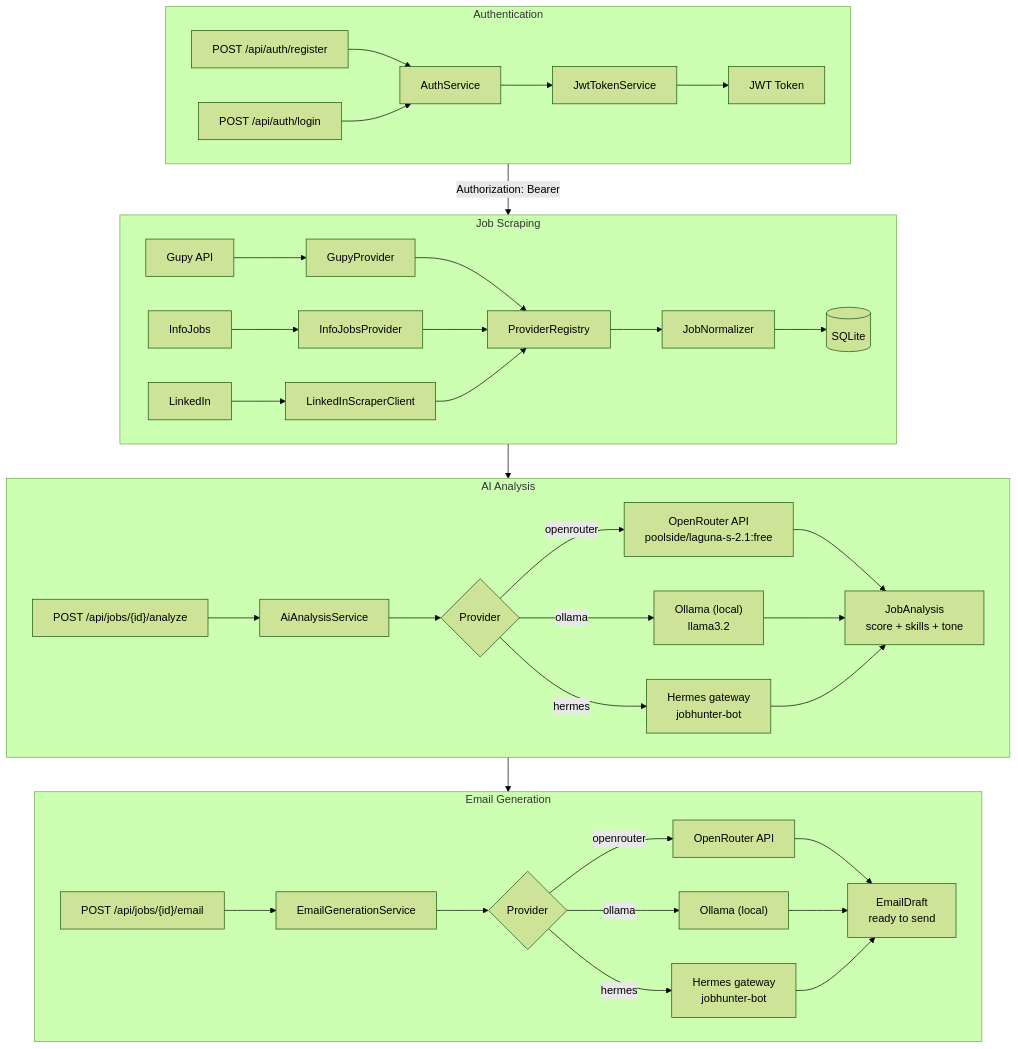
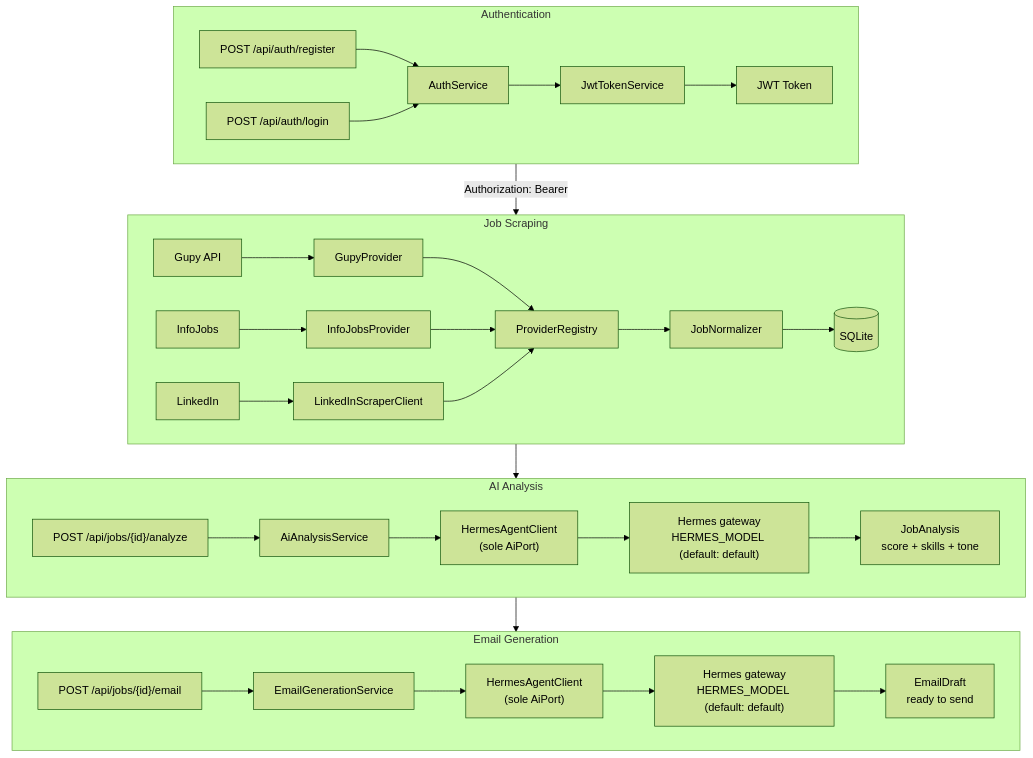
The first of 6 diagrams in README.md (Uzzoper/job-hunter), drawn with Mermaid (forest theme) before and after one commit. The commit also changed other lines of this file and 12 other files, not shown here.

Commit message:
docs: point ai docs at hermes as sole provider

````diff
--- a/README.md
+++ b/README.md
@@ -19,46 +19,38 @@
 ```mermaid
 flowchart TB
     subgraph Auth["Authentication"]
         A1[POST /api/auth/register] --> A2[AuthService]
         A3[POST /api/auth/login] --> A2
         A2 --> A4[JwtTokenService]
         A4 --> A5[JWT Token]
     end
 
     subgraph Scraper["Job Scraping"]
         S1[Gupy API] --> S2[GupyProvider]
         S3[InfoJobs] --> S4[InfoJobsProvider]
         S5[LinkedIn] --> S6[LinkedInScraperClient]
         S2 --> S7[ProviderRegistry]
         S4 --> S7
         S6 --> S7
         S7 --> S8[JobNormalizer]
         S8 --> S9[(SQLite)]
     end
 
     subgraph AI["AI Analysis"]
         I1["POST /api/jobs/{id}/analyze"] --> I2[AiAnalysisService]
-        I2 --> I3{Provider}
-        I3 -->|openrouter| I4["OpenRouter API<br/>poolside/laguna-s-2.1:free"]
-        I3 -->|ollama| I5["Ollama (local)<br/>llama3.2"]
-        I3 -->|hermes| I7["Hermes gateway<br/>jobhunter-bot"]
+        I2 --> I3["HermesAgentClient<br/>(sole AiPort)"]
+        I3 --> I4["Hermes gateway<br/>HERMES_MODEL (default: default)"]
         I4 --> I6[JobAnalysis<br/>score + skills + tone]
-        I5 --> I6
-        I7 --> I6
     end
 
     subgraph Email["Email Generation"]
         E1["POST /api/jobs/{id}/email"] --> E2[EmailGenerationService]
-        E2 --> E3{Provider}
-        E3 -->|openrouter| E4["OpenRouter API"]
-        E3 -->|ollama| E5["Ollama (local)"]
-        E3 -->|hermes| E7["Hermes gateway<br/>jobhunter-bot"]
+        E2 --> E3["HermesAgentClient<br/>(sole AiPort)"]
+        E3 --> E4["Hermes gateway<br/>HERMES_MODEL (default: default)"]
         E4 --> E6[EmailDraft<br/>ready to send]
-        E5 --> E6
-        E7 --> E6
     end
 
     Auth -->|Authorization: Bearer| Scraper
     Scraper --> AI
     AI --> Email
 ```
````
